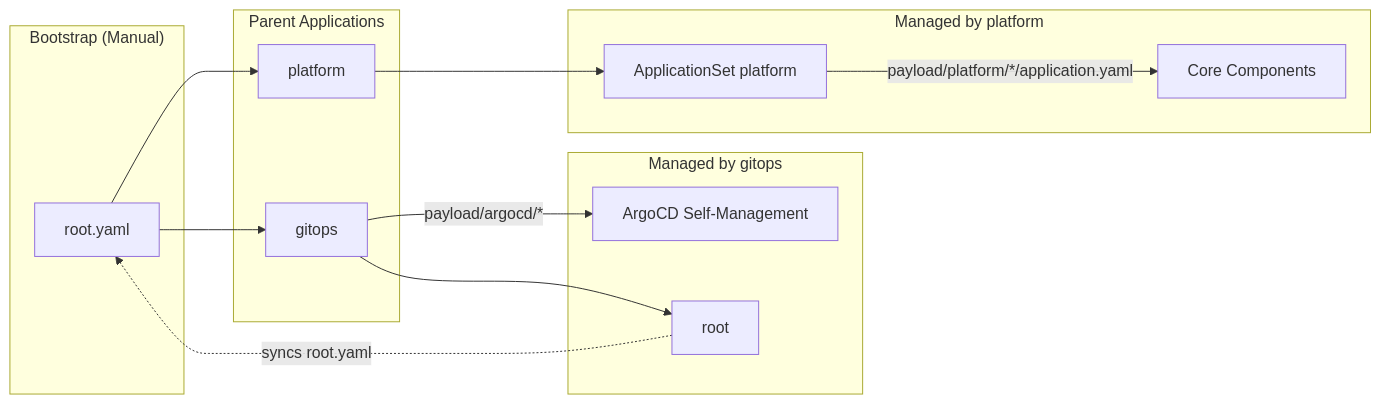
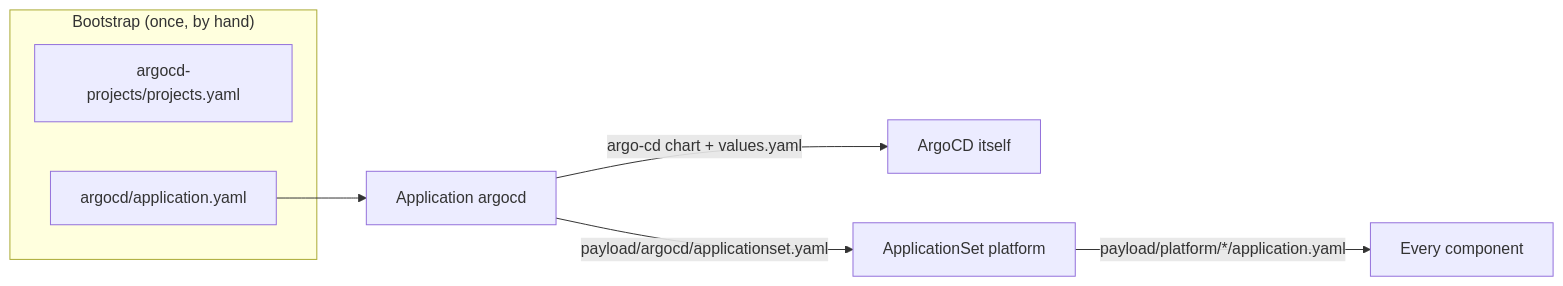
Before and after one commit to JanWelker/homelab: the first of 2 diagrams in docs/architecture/gitops.md, drawn with Mermaid. The commit also changed other lines of this file and 19 other files, not shown here.

````diff
--- a/docs/architecture/gitops.md
+++ b/docs/architecture/gitops.md
@@ -63,22 +22,12 @@
 ```mermaid
 flowchart LR
-    subgraph "Bootstrap (Manual)"
-        RA[root.yaml]
+    subgraph "Bootstrap (once, by hand)"
+        PJ[argocd-projects/projects.yaml]
+        AA[argocd/application.yaml]
     end
 
-    subgraph "Parent Applications"
-        RA --> PL[platform]
-        RA --> GO[gitops]
-    end
-
-    subgraph "Managed by platform"
-        PL --> AS[ApplicationSet platform]
-        AS --> |"payload/platform/*/application.yaml"| INFRA[Core Components]
-    end
-
-    subgraph "Managed by gitops"
-        GO --> |"payload/argocd/*"| ARGO[ArgoCD Self-Management]
-        GO --> RT[root]
-        RT -. "syncs root.yaml" .-> RA
-    end
+    AA --> AR[Application argocd]
+    AR --> |"argo-cd chart + values.yaml"| SELF[ArgoCD itself]
+    AR --> |"payload/argocd/applicationset.yaml"| AS[ApplicationSet platform]
+    AS --> |"payload/platform/*/application.yaml"| INFRA[Every component]
 ```
````
